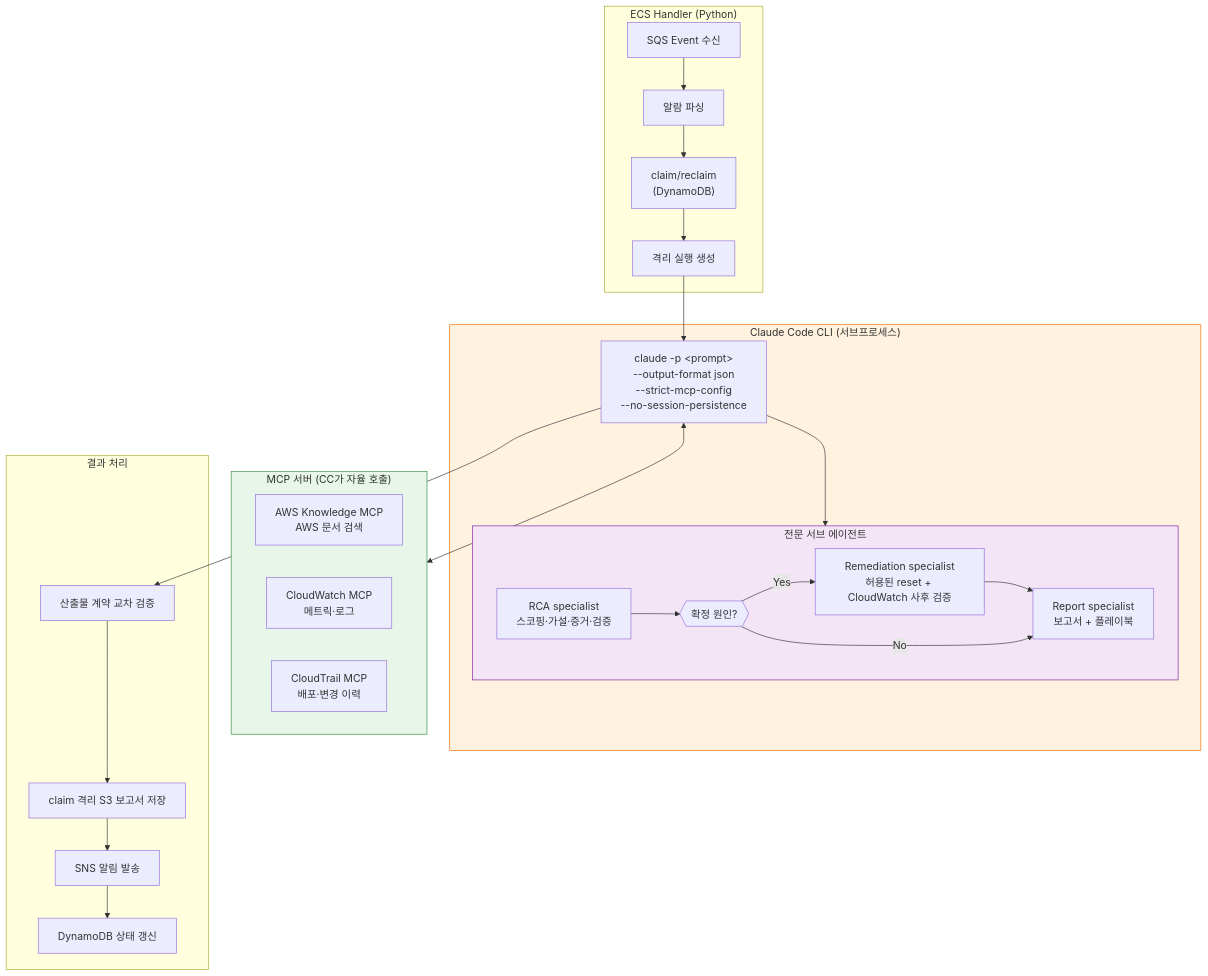
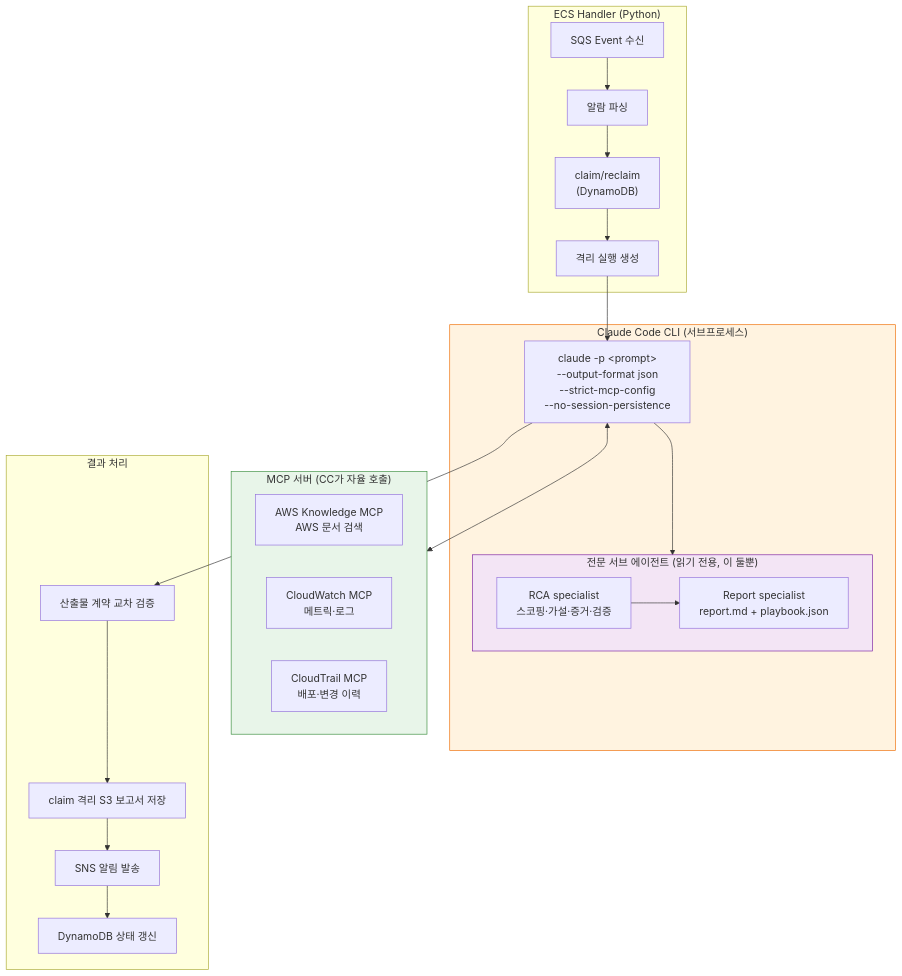
One commit to haandol/rca-agent changed the ninth of 25 diagrams in docs/system-guide-for-ops.md. Above: the diagram before and after it, drawn with Mermaid. The commit also changed other lines of this file and 7 other files, not shown here.

````diff
--- a/docs/system-guide-for-ops.md
+++ b/docs/system-guide-for-ops.md
@@ -416,48 +487,44 @@
 ```mermaid
 flowchart TD
     subgraph EcsHandler["ECS Handler (Python)"]
         SQS["SQS Event 수신"]
         PARSE["알람 파싱"]
         IDEMP["claim/reclaim<br/>(DynamoDB)"]
         SESSION["격리 실행 생성"]
         SQS --> PARSE --> IDEMP --> SESSION
     end
 
     subgraph CCProcess["Claude Code CLI (서브프로세스)"]
         CC["claude -p &lt;prompt&gt;<br/>--output-format json<br/>--strict-mcp-config<br/>--no-session-persistence"]
 
-        subgraph Prompt["전문 서브 에이전트"]
+        subgraph Prompt["전문 서브 에이전트 (읽기 전용, 이 둘뿐)"]
             S1["RCA specialist<br/>스코핑·가설·증거·검증"]
-            GATE{{"확정 원인?"}}
-            S2["Remediation specialist<br/>허용된 reset + CloudWatch 사후 검증"]
-            S3["Report specialist<br/>보고서 + 플레이북"]
-            S1 --> GATE
-            GATE -->|Yes| S2 --> S3
-            GATE -->|No| S3
+            S3["Report specialist<br/>report.md + playbook.json"]
+            S1 --> S3
         end
 
         CC --> Prompt
     end
 
     subgraph MCPServers["MCP 서버 (CC가 자율 호출)"]
         AK["AWS Knowledge MCP<br/>AWS 문서 검색"]
         CW["CloudWatch MCP<br/>메트릭·로그"]
         CT["CloudTrail MCP<br/>배포·변경 이력"]
     end
 
     subgraph Output["결과 처리"]
         RESULT["산출물 계약 교차 검증"]
         S3_SAVE["claim 격리 S3 보고서 저장"]
         SNS_SEND["SNS 알림 발송"]
         DDB_UP["DynamoDB 상태 갱신"]
         RESULT --> S3_SAVE --> SNS_SEND --> DDB_UP
     end
 
     SESSION --> CC
     CC <--> MCPServers
     CC --> RESULT
 
     style CCProcess fill:#fff3e0,stroke:#ef6c00
     style MCPServers fill:#e8f5e9,stroke:#388e3c
     style Prompt fill:#f3e5f5,stroke:#7b1fa2
 ```
````
